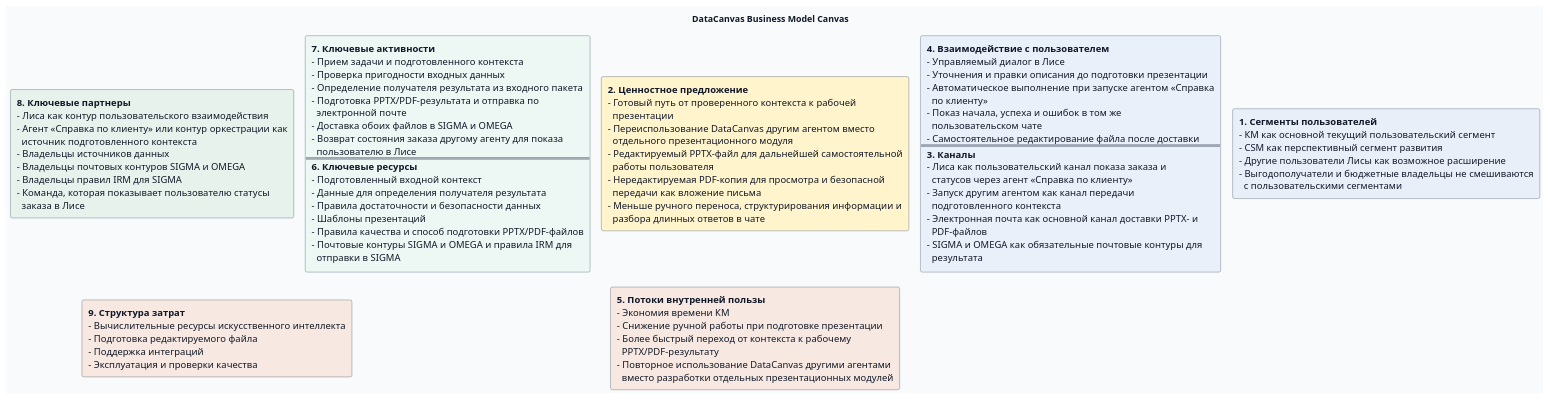
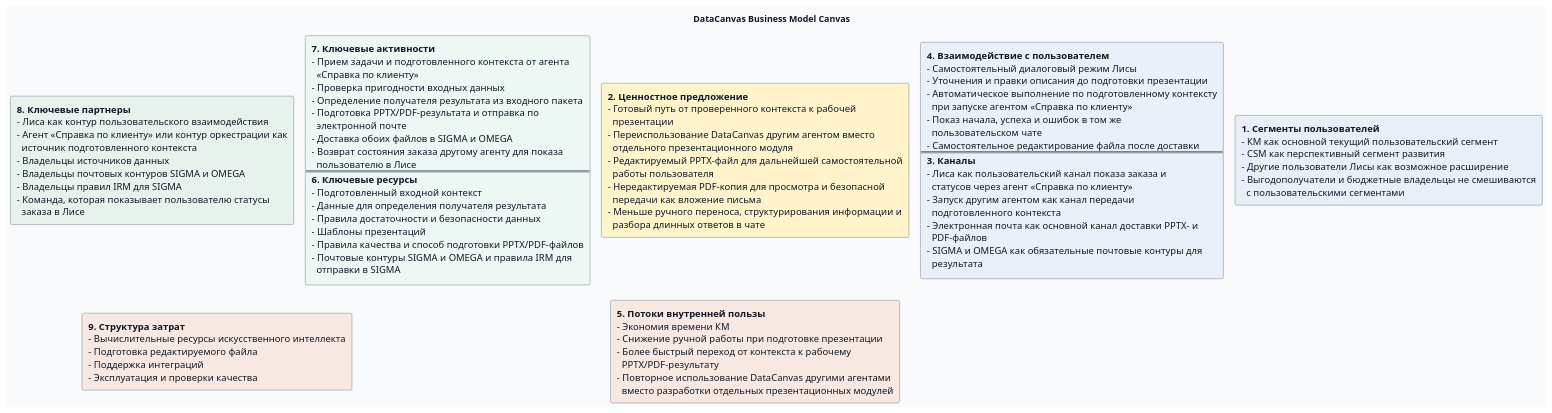
One commit to RussianLioN/datacanvas changed the diagram in docs/product/bmc/source/derived/datacanvas-bmc.puml. Above: the diagram before and after it, drawn with PlantUML. The commit also changed 22 other files, not shown here.

```diff
--- a/docs/product/bmc/source/derived/datacanvas-bmc.puml
+++ b/docs/product/bmc/source/derived/datacanvas-bmc.puml
@@ -1,43 +1,43 @@
 @startuml
 title DataCanvas Business Model Canvas
 top to bottom direction
 skinparam backgroundColor #F8FAFC
 skinparam nodesep 18
 skinparam ranksep 24
 skinparam defaultFontName "Noto Sans"
 skinparam defaultFontColor #111827
 skinparam defaultFontSize 15
 skinparam rectangle {
   RoundCorner 6
   Shadowing false
   BorderColor #334155
 }
 skinparam rectangle<<gap>> {
   BorderColor #F8FAFC
   BackgroundColor #F8FAFC
   FontColor #F8FAFC
 }
 rectangle "<b>8. Ключевые партнеры</b>\n- Лиса как контур пользовательского взаимодействия\n- Агент «Справка по клиенту» или контур оркестрации как\n  источник подготовленного контекста\n- Владельцы источников данных\n- Владельцы почтовых контуров SIGMA и OMEGA\n- Владельцы правил IRM для SIGMA\n- Команда, которая показывает пользователю статусы\n  заказа в Лисе" as B8 #E8F2ED
-rectangle "<b>7. Ключевые активности</b>\n- Прием задачи и подготовленного контекста\n- Проверка пригодности входных данных\n- Определение получателя результата из входного пакета\n- Подготовка PPTX/PDF-результата и отправка по\n  электронной почте\n- Доставка обоих файлов в SIGMA и OMEGA\n- Возврат состояния заказа другому агенту для показа\n  пользователю в Лисе\n==\n<b>6. Ключевые ресурсы</b>\n- Подготовленный входной контекст\n- Данные для определения получателя результата\n- Правила достаточности и безопасности данных\n- Шаблоны презентаций\n- Правила качества и способ подготовки PPTX/PDF-файлов\n- Почтовые контуры SIGMA и OMEGA и правила IRM для\n  отправки в SIGMA" as B76 #EDF7F4
+rectangle "<b>7. Ключевые активности</b>\n- Прием задачи и подготовленного контекста от агента\n  «Справка по клиенту»\n- Проверка пригодности входных данных\n- Определение получателя результата из входного пакета\n- Подготовка PPTX/PDF-результата и отправка по\n  электронной почте\n- Доставка обоих файлов в SIGMA и OMEGA\n- Возврат состояния заказа другому агенту для показа\n  пользователю в Лисе\n==\n<b>6. Ключевые ресурсы</b>\n- Подготовленный входной контекст\n- Данные для определения получателя результата\n- Правила достаточности и безопасности данных\n- Шаблоны презентаций\n- Правила качества и способ подготовки PPTX/PDF-файлов\n- Почтовые контуры SIGMA и OMEGA и правила IRM для\n  отправки в SIGMA" as B76 #EDF7F4
 rectangle "<b>2. Ценностное предложение</b>\n- Готовый путь от проверенного контекста к рабочей\n  презентации\n- Переиспользование DataCanvas другим агентом вместо\n  отдельного презентационного модуля\n- Редактируемый PPTX-файл для дальнейшей самостоятельной\n  работы пользователя\n- Нередактируемая PDF-копия для просмотра и безопасной\n  передачи как вложение письма\n- Меньше ручного переноса, структурирования информации и\n  разбора длинных ответов в чате" as B2 #FFF4CC
-rectangle "<b>4. Взаимодействие с пользователем</b>\n- Управляемый диалог в Лисе\n- Уточнения и правки описания до подготовки презентации\n- Автоматическое выполнение при запуске агентом «Справка\n  по клиенту»\n- Показ начала, успеха и ошибок в том же\n  пользовательском чате\n- Самостоятельное редактирование файла после доставки\n==\n<b>3. Каналы</b>\n- Лиса как пользовательский канал показа заказа и\n  статусов через агент «Справка по клиенту»\n- Запуск другим агентом как канал передачи\n  подготовленного контекста\n- Электронная почта как основной канал доставки PPTX- и\n  PDF-файлов\n- SIGMA и OMEGA как обязательные почтовые контуры для\n  результата" as B43 #EAF0FA
+rectangle "<b>4. Взаимодействие с пользователем</b>\n- Самостоятельный диалоговый режим Лисы\n- Уточнения и правки описания до подготовки презентации\n- Автоматическое выполнение по подготовленному контексту\n  при запуске агентом «Справка по клиенту»\n- Показ начала, успеха и ошибок в том же\n  пользовательском чате\n- Самостоятельное редактирование файла после доставки\n==\n<b>3. Каналы</b>\n- Лиса как пользовательский канал показа заказа и\n  статусов через агент «Справка по клиенту»\n- Запуск другим агентом как канал передачи\n  подготовленного контекста\n- Электронная почта как основной канал доставки PPTX- и\n  PDF-файлов\n- SIGMA и OMEGA как обязательные почтовые контуры для\n  результата" as B43 #EAF0FA
 rectangle "<b>1. Сегменты пользователей</b>\n- КМ как основной текущий пользовательский сегмент\n- CSM как перспективный сегмент развития\n- Другие пользователи Лисы как возможное расширение\n- Выгодополучатели и бюджетные владельцы не смешиваются\n  с пользовательскими сегментами" as B1 #E9EFF9
 rectangle "<b>9. Структура затрат</b>\n- Вычислительные ресурсы искусственного интеллекта\n- Подготовка редактируемого файла\n- Поддержка интеграций\n- Эксплуатация и проверки качества" as B9 #F7E9E2
 rectangle " " as E1 <<gap>>
 rectangle "<b>5. Потоки внутренней пользы</b>\n- Экономия времени КМ\n- Снижение ручной работы при подготовке презентации\n- Более быстрый переход от контекста к рабочему\n  PPTX/PDF-результату\n- Повторное использование DataCanvas другими агентами\n  вместо разработки отдельных презентационных модулей" as B5 #F7E9E2
 rectangle " " as E2 <<gap>>
 rectangle " " as E3 <<gap>>
 B8 -[hidden]right- B76
 B76 -[hidden]right- B2
 B2 -[hidden]right- B43
 B43 -[hidden]right- B1
 B8 -[hidden]down- B9
 B76 -[hidden]down- E1
 B2 -[hidden]down- B5
 B43 -[hidden]down- E2
 B1 -[hidden]down- E3
 B9 -[hidden]right- E1
 E1 -[hidden]right- B5
 B5 -[hidden]right- E2
 E2 -[hidden]right- E3
 @enduml
```
